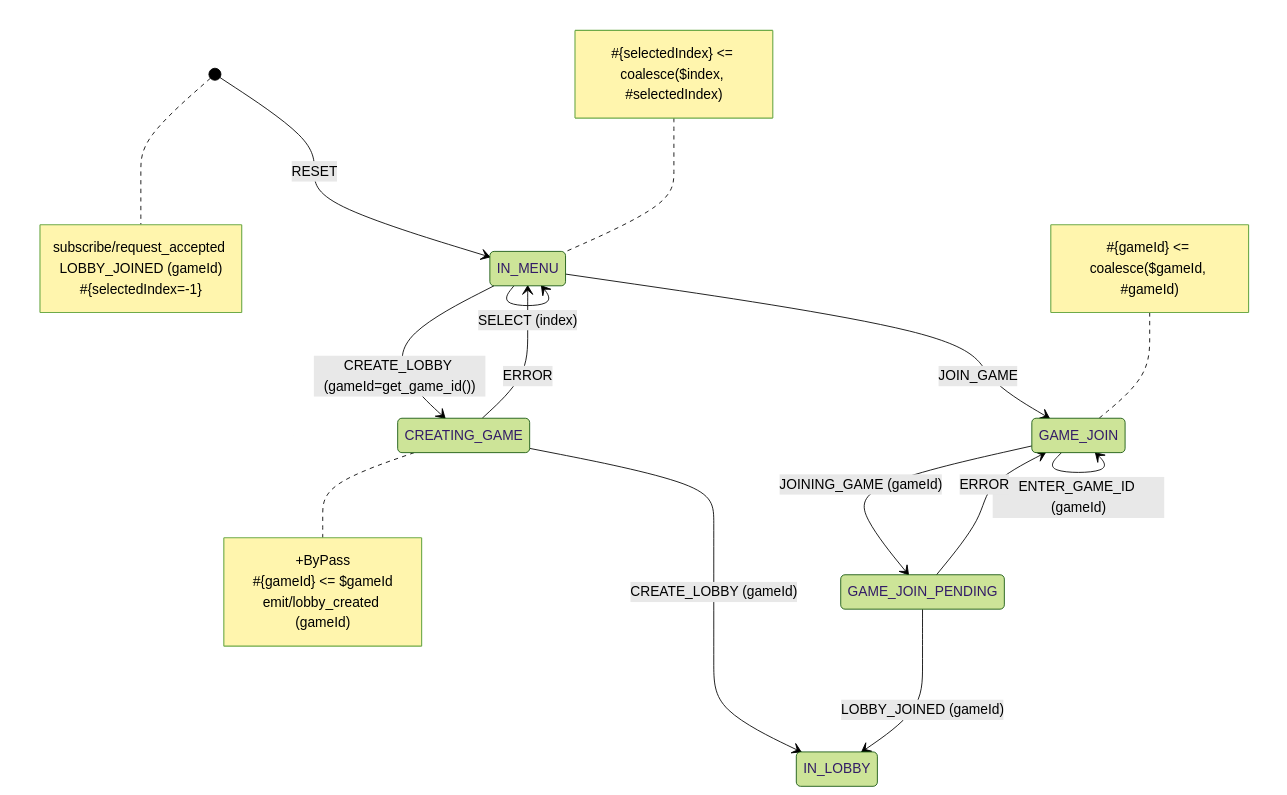
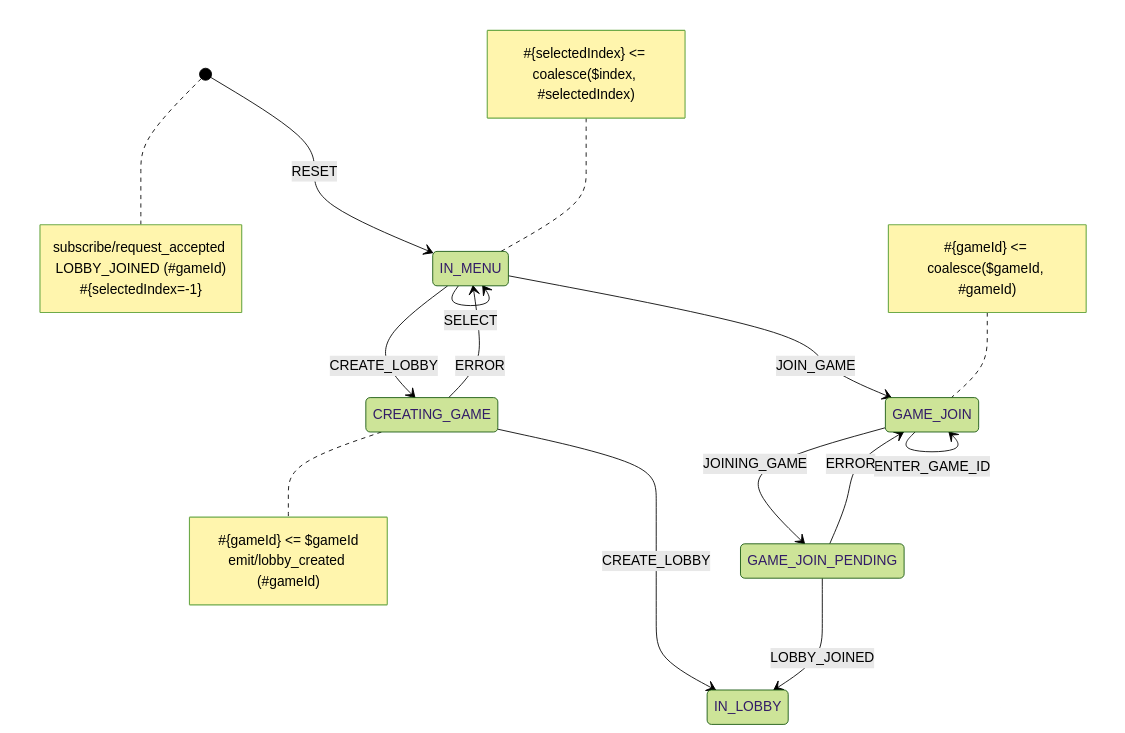
Before and after one commit to tfcp68/battle-farm: the second of 12 diagrams in docs/diagrams.md, drawn with Mermaid (forest theme). The commit also changed other lines of this file and 28 other files, not shown here.

Commit message:
extract mermaid diagrams, add script gen

````diff
--- a/docs/diagrams.md
+++ b/docs/diagrams.md
@@ -81,29 +84,28 @@
 ```mermaid
 stateDiagram-v2
     [*]-->IN_MENU: RESET
-    IN_MENU --> CREATING_GAME: CREATE_LOBBY (gameId=get_game_id())
-    IN_MENU-->IN_MENU: SELECT (index)
-    CREATING_GAME --> IN_LOBBY: CREATE_LOBBY (gameId)
+    IN_MENU --> CREATING_GAME: CREATE_LOBBY
+    IN_MENU-->IN_MENU: SELECT
+    CREATING_GAME --> IN_LOBBY: CREATE_LOBBY
     CREATING_GAME-->IN_MENU: ERROR
     IN_MENU --> GAME_JOIN: JOIN_GAME
-    GAME_JOIN --> GAME_JOIN_PENDING: JOINING_GAME (gameId)   
-    GAME_JOIN-->GAME_JOIN: ENTER_GAME_ID (gameId)
-    GAME_JOIN_PENDING --> IN_LOBBY: LOBBY_JOINED (gameId)
+    GAME_JOIN --> GAME_JOIN_PENDING: JOINING_GAME
+    GAME_JOIN-->GAME_JOIN: ENTER_GAME_ID
+    GAME_JOIN_PENDING --> IN_LOBBY: LOBBY_JOINED
     GAME_JOIN_PENDING --> GAME_JOIN: ERROR
 
 note right of [*]
-subscribe/request_accepted LOBBY_JOINED (gameId)
+subscribe/request_accepted LOBBY_JOINED (#gameId)
 #{selectedIndex=-1}
 end note
 note left of IN_MENU
 #{selectedIndex} <= coalesce($index, #selectedIndex)
 end note
 note left of GAME_JOIN
 #{gameId} <= coalesce($gameId, #gameId)
 end note
 note right of CREATING_GAME
-+ByPass
 #{gameId} <= $gameId
-emit/lobby_created (gameId)
+emit/lobby_created (#gameId)
 end note
 ```
````
